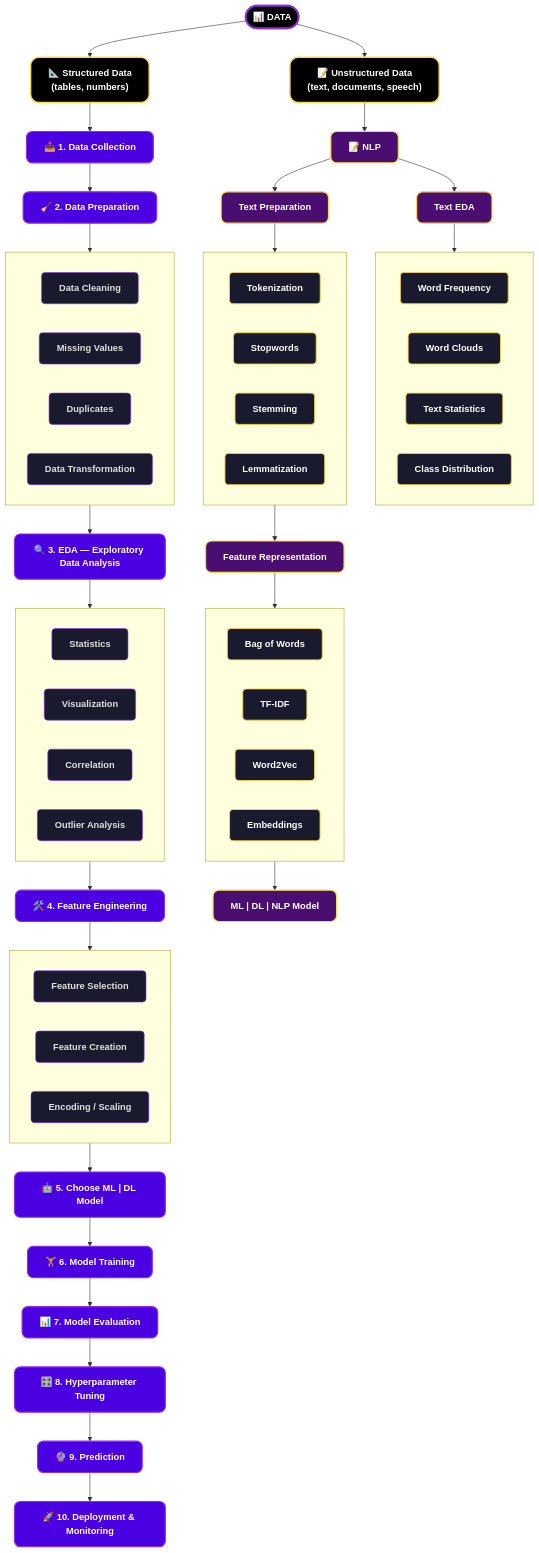
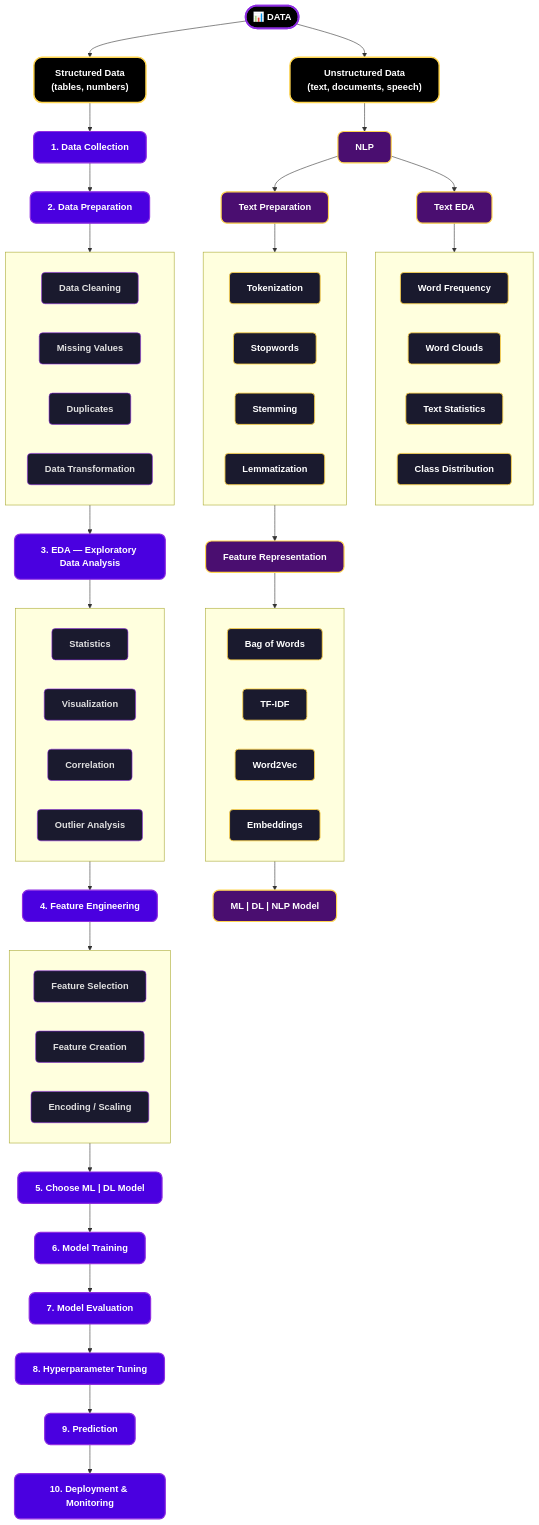
The diagram in README.md (proindra/NeuraMap), drawn with Mermaid before and after one commit.

Commit message:
Update pipeline diagram labels for consistency

````diff
--- a/README.md
+++ b/README.md
@@ -19,11 +19,11 @@
 ```mermaid
 flowchart TD
-    A(["📊 DATA"]) --> STR["📐 Structured Data\n(tables, numbers)"]
-    A --> UNS["📝 Unstructured Data\n(text, documents, speech)"]
+    A(["📊 DATA"]) --> STR["Structured Data\n(tables, numbers)"]
+    A --> UNS["Unstructured Data\n(text, documents, speech)"]
 
     %% ======================= STRUCTURED DATA PATH =======================
-    STR --> B["📥 1. Data Collection"]
-    B --> C["🧹 2. Data Preparation"]
+    STR --> B["1. Data Collection"]
+    B --> C["2. Data Preparation"]
 
     subgraph PREP[" "]
         direction LR
@@ -34,7 +34,7 @@
     end
     C --> PREP
 
-    PREP --> D["🔍 3. EDA — Exploratory Data Analysis"]
+    PREP --> D["3. EDA — Exploratory Data Analysis"]
 
     subgraph EDA[" "]
         direction LR
@@ -45,7 +45,7 @@
     end
     D --> EDA
 
-    EDA --> E["🛠️ 4. Feature Engineering"]
+    EDA --> E["4. Feature Engineering"]
 
     subgraph FE[" "]
         direction LR
@@ -55,17 +55,17 @@
     end
     E --> FE
 
-    FE --> F["🤖 5. Choose ML | DL Model"]
+    FE --> F["5. Choose ML | DL Model"]
 
-    F --> G["🏋️ 6. Model Training"]
-    G --> H["📊 7. Model Evaluation"]
+    F --> G["6. Model Training"]
+    G --> H["7. Model Evaluation"]
 
-    H --> I["🎛️ 8. Hyperparameter Tuning"]
-    I --> J["🔮 9. Prediction"]
-    J --> K["🚀 10. Deployment & Monitoring"]
+    H --> I["8. Hyperparameter Tuning"]
+    I --> J["9. Prediction"]
+    J --> K["10. Deployment & Monitoring"]
 
     %% ======================= UNSTRUCTURED DATA / NLP PATH =======================
-    UNS --> NLP["📝 NLP"]
+    UNS --> NLP["NLP"]
 
     NLP --> TPREP["Text Preparation"]
     NLP --> TEDA["Text EDA"]
````
